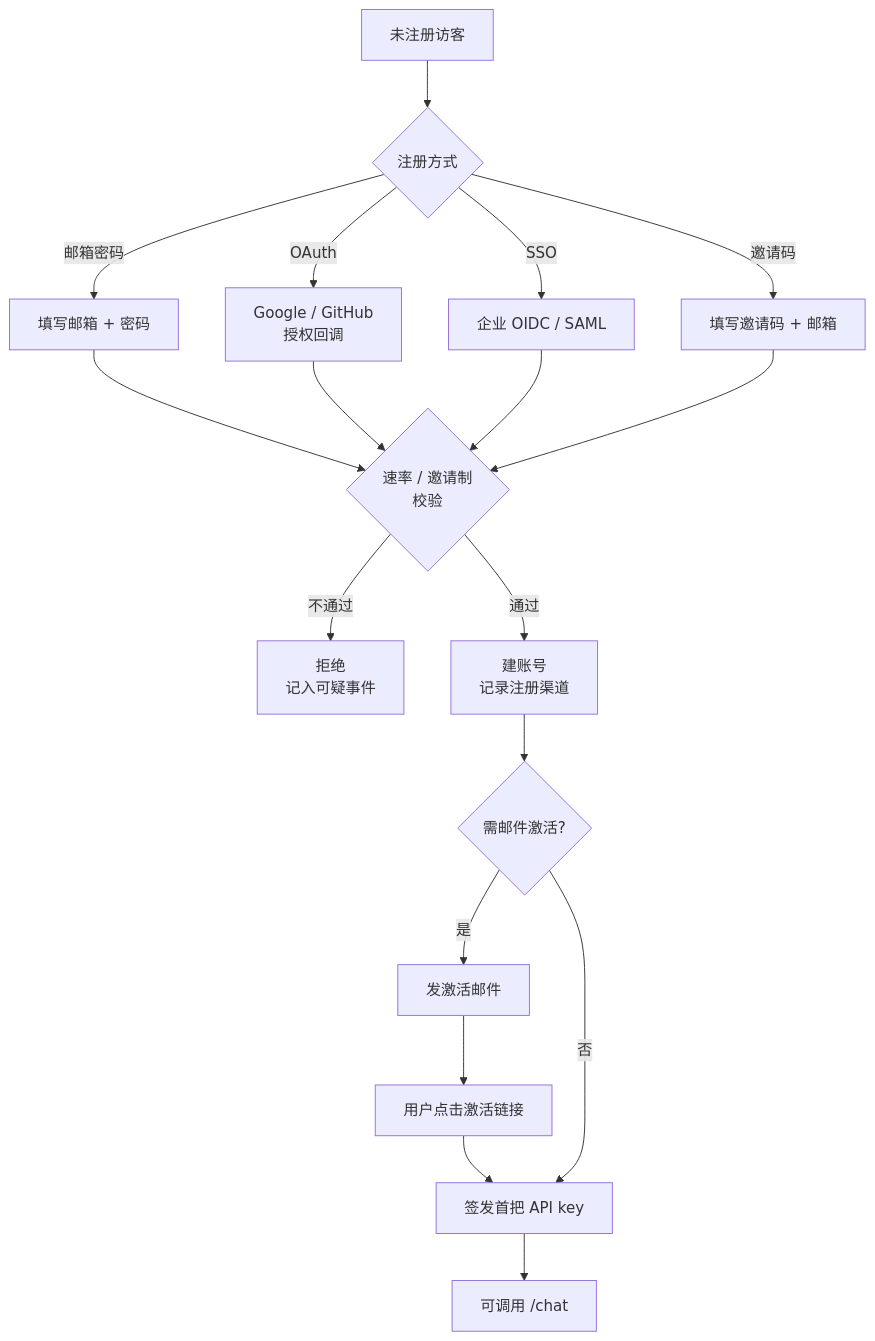
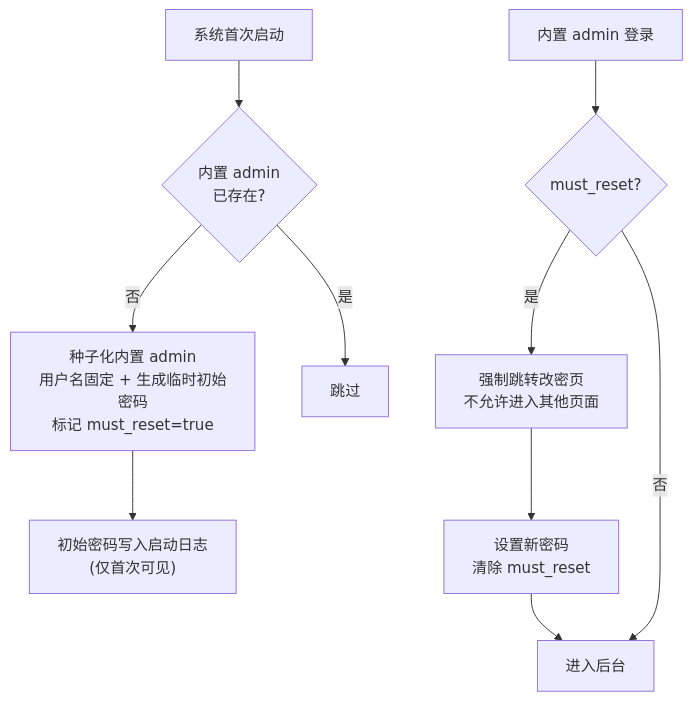
Before and after one commit to Summy2104/fleetent: the fourth of 6 diagrams in docs/capabilities/platform.md, drawn with Mermaid. The commit also changed other lines of this file, not shown here.

Commit message:
docs(platform): finalize v1.0 admin console scope, role model, and IM allowlist policy

````diff
--- a/docs/capabilities/platform.md
+++ b/docs/capabilities/platform.md
@@ -80,20 +127,13 @@
 ```mermaid
 flowchart TD
-    Start["未注册访客"] --> Way{"注册方式"}
-    Way -->|邮箱密码| Email["填写邮箱 + 密码"]
-    Way -->|OAuth| OAuth["Google / GitHub<br/>授权回调"]
-    Way -->|SSO| SSO["企业 OIDC / SAML"]
-    Way -->|邀请码| Invite["填写邀请码 + 邮箱"]
-    Email --> Rate{"速率 / 邀请制<br/>校验"}
-    OAuth --> Rate
-    SSO --> Rate
-    Invite --> Rate
-    Rate -->|不通过| Reject["拒绝<br/>记入可疑事件"]
-    Rate -->|通过| Create["建账号<br/>记录注册渠道"]
-    Create --> Verify{"需邮件激活?"}
-    Verify -->|是| Mail["发激活邮件"]
-    Mail --> Active["用户点击激活链接"]
-    Active --> Key["签发首把 API key"]
-    Verify -->|否| Key
-    Key --> Done["可调用 /chat"]
+    Boot["系统首次启动"] --> Seed{"内置 admin<br/>已存在?"}
+    Seed -->|否| Create["种子化内置 admin<br/>用户名固定 + 生成临时初始密码<br/>标记 must_reset=true"]
+    Create --> Log["初始密码写入启动日志<br/>(仅首次可见)"]
+    Seed -->|是| Skip["跳过"]
+
+    Login["内置 admin 登录"] --> Check{"must_reset?"}
+    Check -->|是| Force["强制跳转改密页<br/>不允许进入其他页面"]
+    Force --> Set["设置新密码<br/>清除 must_reset"]
+    Set --> Enter["进入后台"]
+    Check -->|否| Enter
 ```
````
